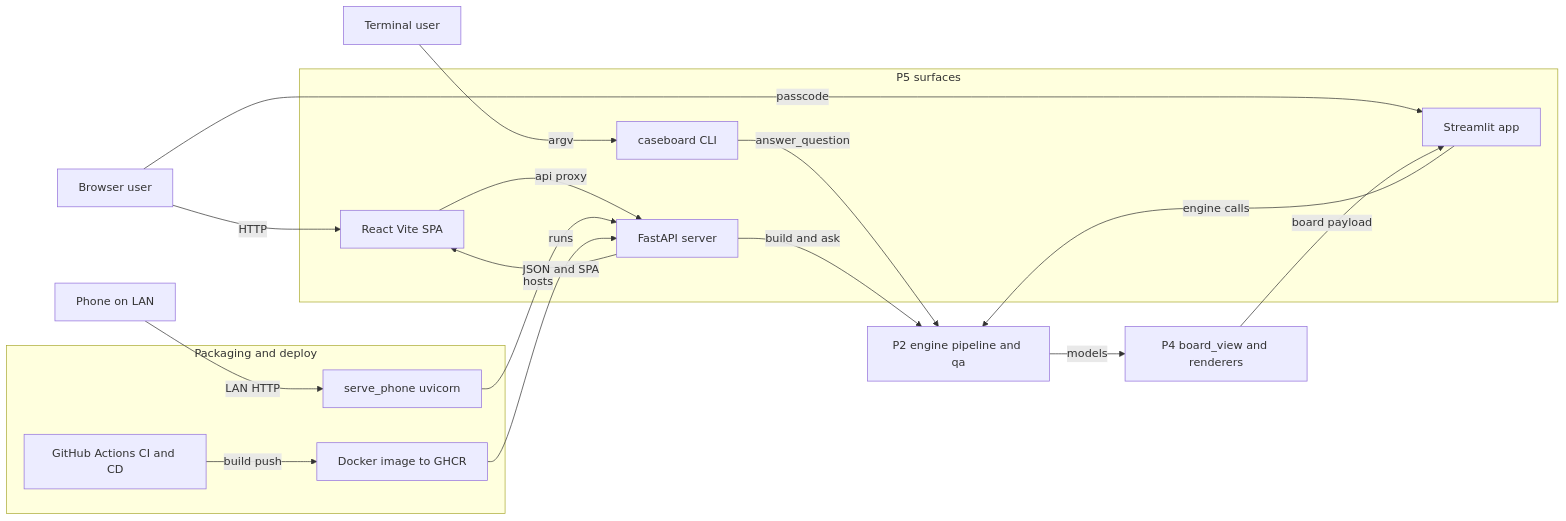
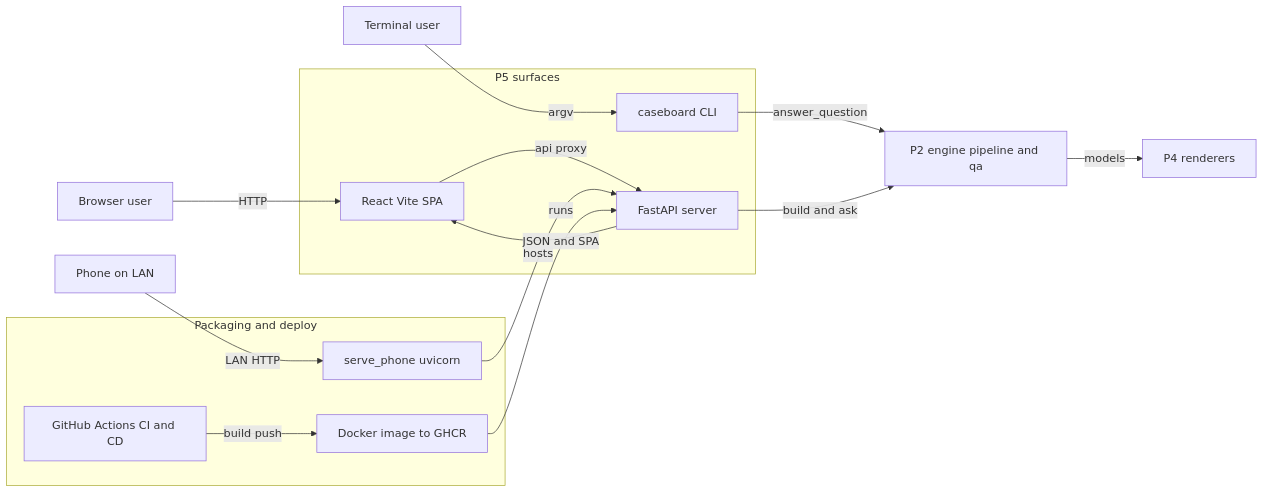
One commit to michaelandrewlongo-rgb/neuro-caseboard changed the fifth of 6 diagrams in docs/NEURO_CASEBOARD_DIAGRAMS.md. Above: the diagram before and after it, drawn with Mermaid. The commit also changed other lines of this file and 5 other files, not shown here.

````diff
--- a/docs/NEURO_CASEBOARD_DIAGRAMS.md
+++ b/docs/NEURO_CASEBOARD_DIAGRAMS.md
@@ -170,37 +170,33 @@
 ```mermaid
 flowchart LR
     Term[Terminal user]
     Browser[Browser user]
     Phone[Phone on LAN]
 
     subgraph Surfaces[P5 surfaces]
         CLI[caseboard CLI]
-        Streamlit[Streamlit app]
         API[FastAPI server]
         Web[React Vite SPA]
     end
 
     Engine[P2 engine pipeline and qa]
-    Render[P4 board_view and renderers]
+    Render[P4 renderers]
 
     subgraph Infra[Packaging and deploy]
         Docker[Docker image to GHCR]
         ServePhone[serve_phone uvicorn]
         CI[GitHub Actions CI and CD]
     end
 
     Term -->|argv| CLI
-    Browser -->|passcode| Streamlit
     Browser -->|HTTP| Web
     Phone -->|LAN HTTP| ServePhone
     Web -->|api proxy| API
     ServePhone -->|hosts| API
     CLI -->|answer_question| Engine
     API -->|build and ask| Engine
-    Streamlit -->|engine calls| Engine
     Engine -->|models| Render
-    Render -->|board payload| Streamlit
     API -->|JSON and SPA| Web
     CI -->|build push| Docker
     Docker -->|runs| API
 ```
````
